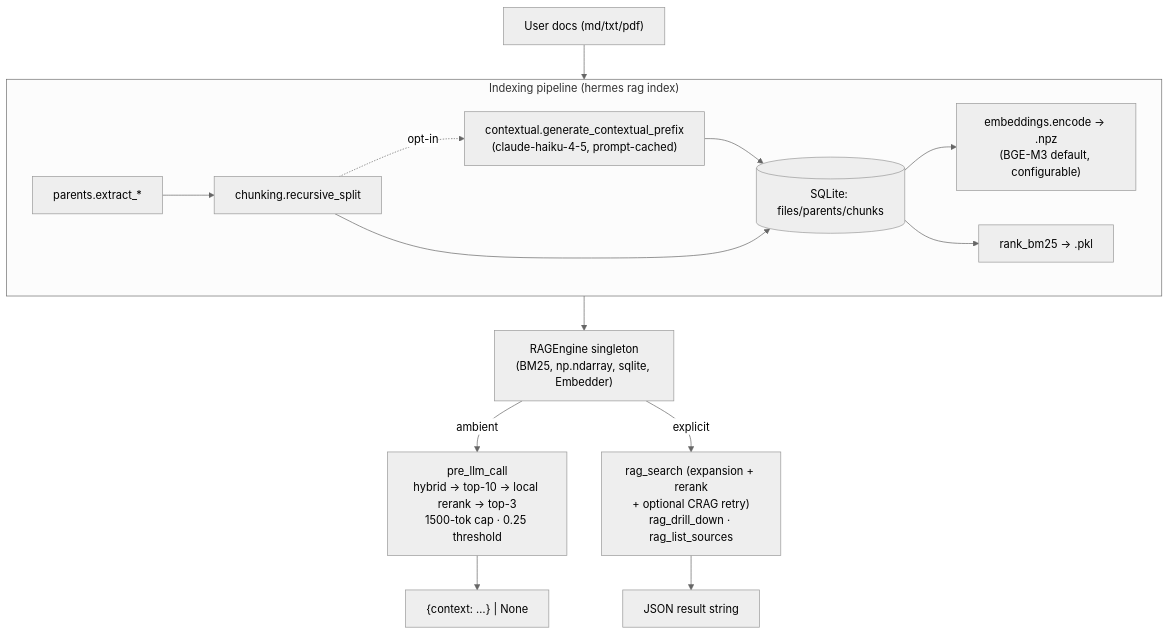
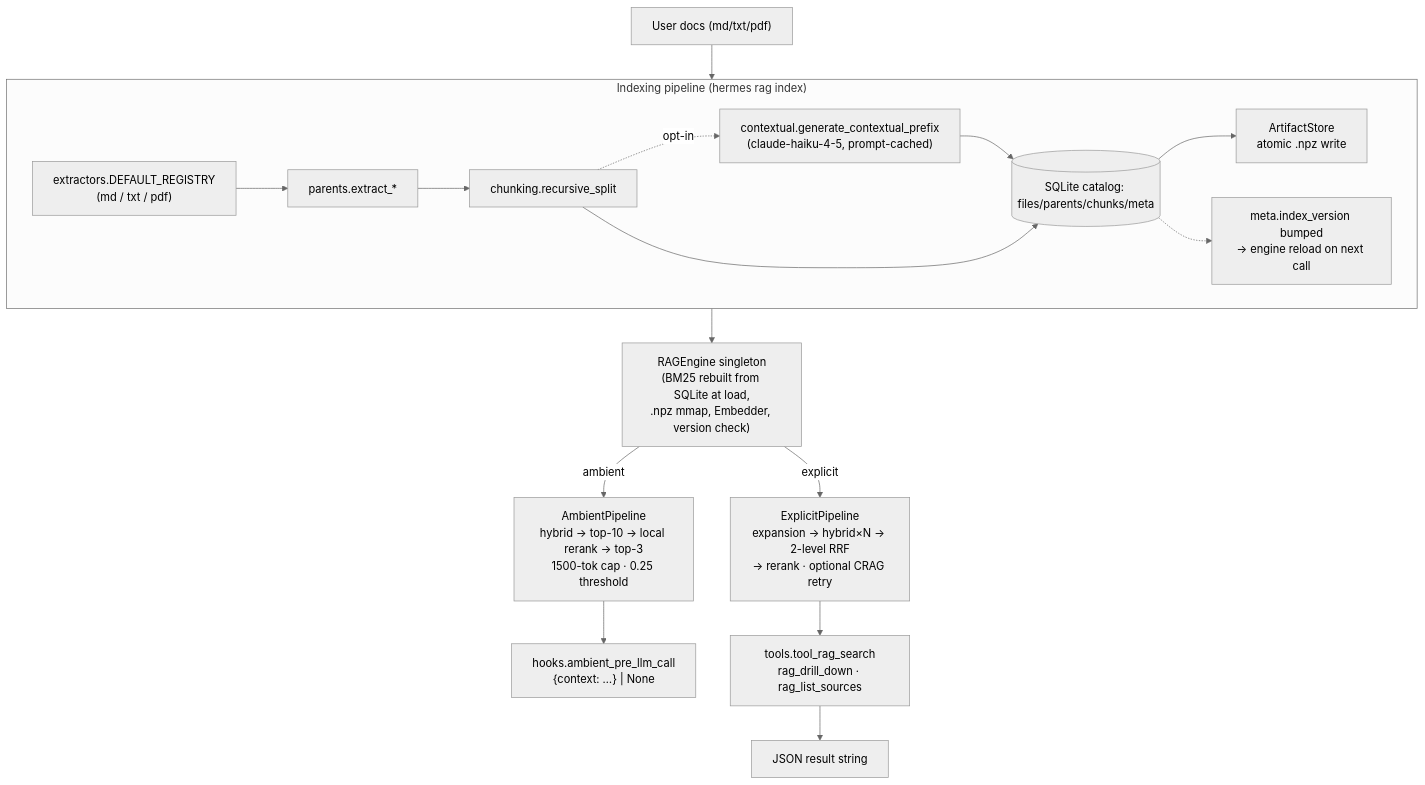
The diagram in README.md (sergiparpal/advanced-rag), drawn with Mermaid (neutral theme) before and after one commit. The commit also changed other lines of this file and 39 other files, not shown here.

Commit message:
Architecture audit and consequent refactoring

````diff
--- a/README.md
+++ b/README.md
@@ -34,17 +34,19 @@
 ```mermaid
 flowchart TB
     Docs["User docs (md/txt/pdf)"] --> Index
     subgraph Index["Indexing pipeline (hermes rag index)"]
-        P[parents.extract_*] --> C[chunking.recursive_split]
+        Reg["extractors.DEFAULT_REGISTRY<br/>(md / txt / pdf)"] --> P[parents.extract_*]
+        P --> C[chunking.recursive_split]
         C -. opt-in .-> Ctx["contextual.generate_contextual_prefix<br/>(claude-haiku-4-5, prompt-cached)"]
-        Ctx --> S[(SQLite: files/parents/chunks)]
+        Ctx --> S[(SQLite catalog: files/parents/chunks/meta)]
         C --> S
-        S --> E["embeddings.encode → .npz<br/>(BGE-M3 default, configurable)"]
-        S --> B[rank_bm25 → .pkl]
+        S --> A["ArtifactStore<br/>atomic .npz write"]
+        S -.-> V["meta.index_version bumped<br/>→ engine reload on next call"]
     end
-    Index --> Engine["RAGEngine singleton<br/>(BM25, np.ndarray, sqlite, Embedder)"]
-    Engine -->|ambient| Hook["pre_llm_call<br/>hybrid → top-10 → local rerank → top-3<br/>1500-tok cap · 0.25 threshold"]
-    Engine -->|explicit| Tools["rag_search (expansion + rerank<br/>+ optional CRAG retry)<br/>rag_drill_down · rag_list_sources"]
-    Hook --> InjCtx["{context: …} | None"]
+    Index --> Engine["RAGEngine singleton<br/>(BM25 rebuilt from SQLite at load,<br/>.npz mmap, Embedder, version check)"]
+    Engine -->|ambient| AP["AmbientPipeline<br/>hybrid → top-10 → local rerank → top-3<br/>1500-tok cap · 0.25 threshold"]
+    Engine -->|explicit| EP["ExplicitPipeline<br/>expansion → hybrid×N → 2-level RRF<br/>→ rerank · optional CRAG retry"]
+    AP --> Hook["hooks.ambient_pre_llm_call<br/>{context: …} | None"]
+    EP --> Tools["tools.tool_rag_search<br/>rag_drill_down · rag_list_sources"]
     Tools --> JSON["JSON result string"]
 ```
````
